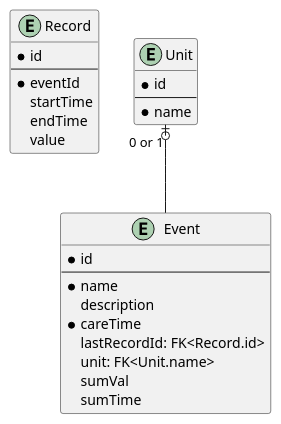
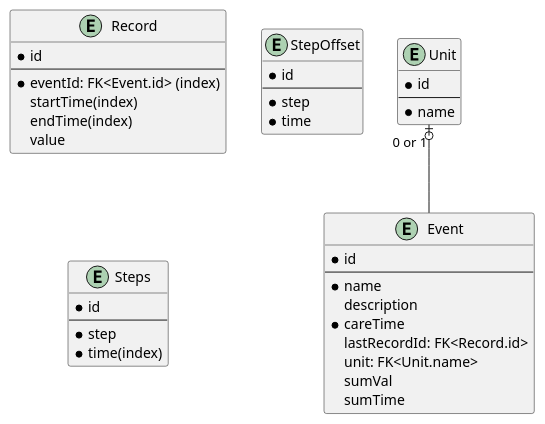
Before and after one commit to Guoyuer/eventTracker: the diagram in ER图.puml, drawn with PlantUML. The commit also changed 10 other files, not shown here.

Commit message:
small improve & uml graph

```diff
--- a/ER图.puml
+++ b/ER图.puml
@@ -1,55 +1,73 @@
 @startuml
 'https://plantuml.com/class-diagram
 
 'abstract class AbstractList
 'abstract AbstractCollection
 'interface List
 'interface Collection
 '
 'List <|-- AbstractList
 'Collection <|-- AbstractCollection
 '
 'Collection <|- List
 'AbstractCollection <|- AbstractList
 'AbstractList <|-- ArrayList
 '
 'class ArrayList {
 'Object[] elementData
 'size()
 '}
 '
 'enum TimeUnit {
 'DAYS
 'HOURS
 'MINUTES
 '}
-entity Record{
-    *id
-    --
-    *eventId
-    startTime
-    endTime
-    value
-}
 
 entity Event{
     *id
     --
     *name
     description
     *careTime
     lastRecordId: FK<Record.id>
     unit: FK<Unit.name>
     sumVal
     sumTime
 }
 
 entity Unit{
     *id
     --
     *name
 }
-
 Unit "0 or 1" |o-- Event
 
+
+entity Record{
+    *id
+    --
+    *eventId: FK<Event.id> (index)
+    startTime(index)
+    endTime(index)
+    value
+}
+
+
+entity StepOffset{
+    *id
+    --
+    *step
+    *time
+}
+
+entity Steps{
+    *id
+    --
+    *step
+    *time(index)
+}
+
+
+
 @enduml
```
